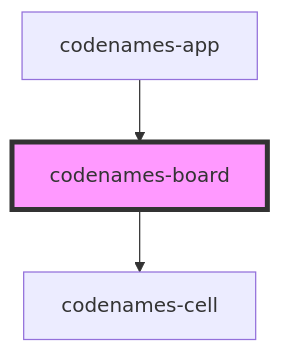
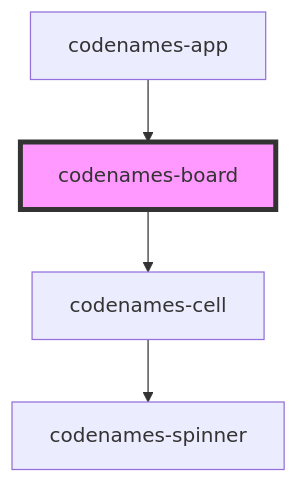
One commit to nelspd915/codenames changed the diagram in src/components/codenames-board/readme.md. Above: the diagram before and after it, drawn with Mermaid. The commit also changed 8 other files, not shown here.

````diff
--- a/src/components/codenames-board/readme.md
+++ b/src/components/codenames-board/readme.md
@@ -26,6 +26,7 @@
 ```mermaid
 graph TD;
   codenames-board --> codenames-cell
+  codenames-cell --> codenames-spinner
   codenames-app --> codenames-board
   style codenames-board fill:#f9f,stroke:#333,stroke-width:4px
 ```
````
